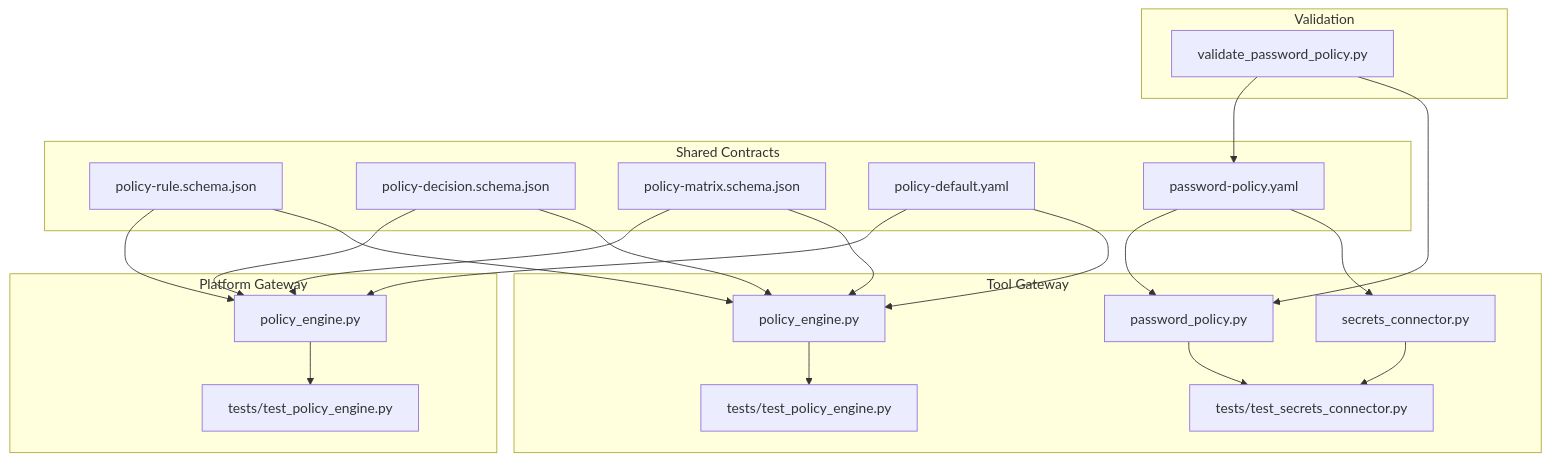
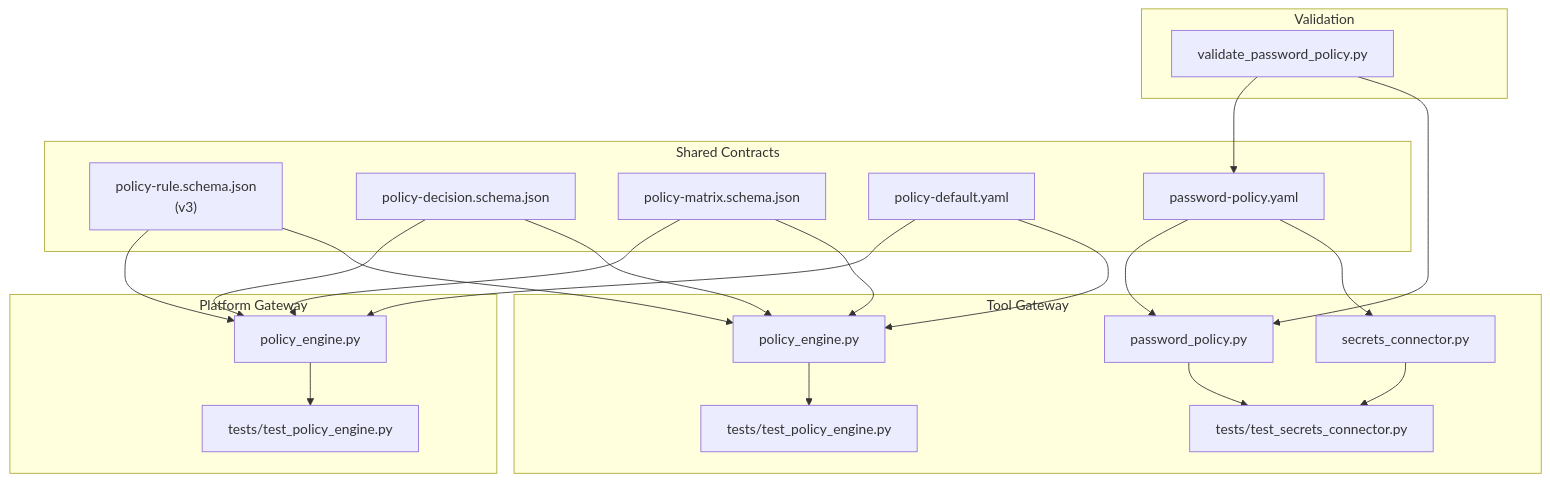
One commit to metasync/luban-aiops changed the first of 5 diagrams in .qoder/repowiki/en/content/Security and Authorization/Authorization Policies/Policy Rules and Schema.md. Above: the diagram before and after it, drawn with Mermaid. The commit also changed other lines of this file and 128 other files, not shown here.

````diff
--- a/.qoder/repowiki/en/content/Security and Authorization/Authorization Policies/Policy Rules and Schema.md
+++ b/.qoder/repowiki/en/content/Security and Authorization/Authorization Policies/Policy Rules and Schema.md
@@ -57,40 +60,40 @@
 ```mermaid
 graph TB
 subgraph "Shared Contracts"
-S1["policy-rule.schema.json"]
+S1["policy-rule.schema.json<br/>(v3)"]
 S2["policy-decision.schema.json"]
 S3["policy-matrix.schema.json"]
 S4["policy-default.yaml"]
 S5["password-policy.yaml"]
 end
 subgraph "Platform Gateway"
 P1["policy_engine.py"]
 T1["tests/test_policy_engine.py"]
 end
 subgraph "Tool Gateway"
 G1["policy_engine.py"]
 G2["password_policy.py"]
 G3["secrets_connector.py"]
 T2["tests/test_policy_engine.py"]
 T3["tests/test_secrets_connector.py"]
 end
 subgraph "Validation"
 V1["validate_password_policy.py"]
 end
 S1 --> P1
 S2 --> P1
 S3 --> P1
 S4 --> P1
 S5 --> G2
 S5 --> G3
 S1 --> G1
 S2 --> G1
 S3 --> G1
 S4 --> G1
 V1 --> S5
 V1 --> G2
 P1 --> T1
 G1 --> T2
 G2 --> T3
 G3 --> T3
 ```
````
